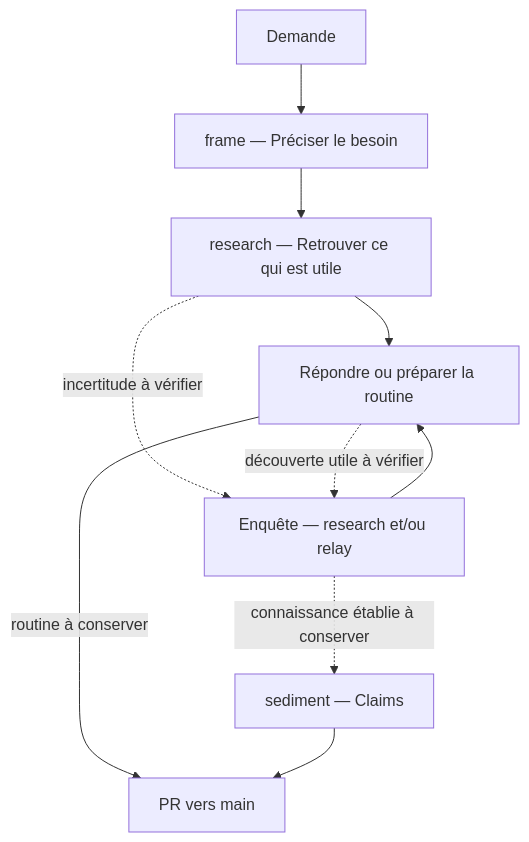
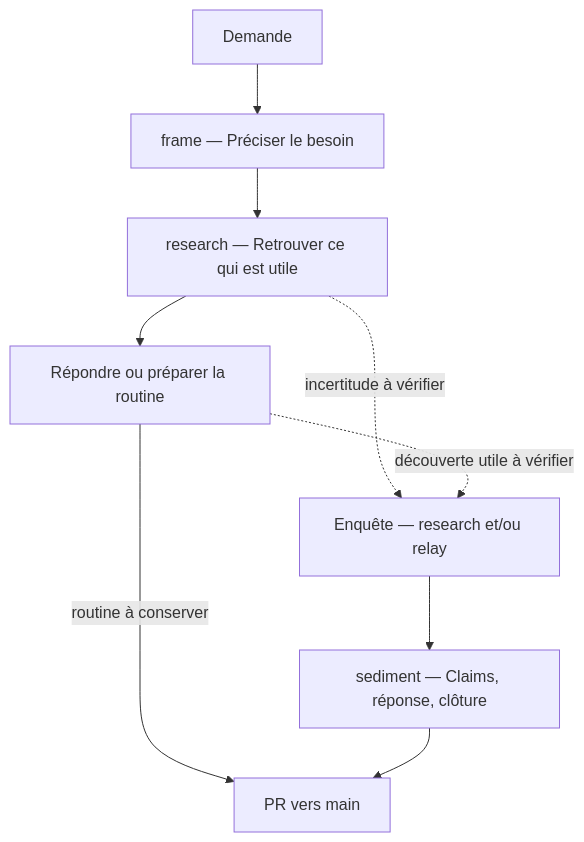
The diagram in README.md (FrancescoMonti-source/chu-data-knowledge), drawn with Mermaid before and after one commit.

Commit message:
README : toute enquête passe par sediment, qui la conclut même sans claim
Retour de Codex sur la PR #72 : sediment écrit la réponse et ferme ou
suspend l'enquête, avec ou sans claim.

Claude-Session: https://claude.ai/code/session_01X292ZvKPy3SzDoqURN6rmg

````diff
--- a/README.md
+++ b/README.md
@@ -28,12 +28,11 @@
 ```mermaid
 flowchart TD
     Q["Demande"] --> F["frame — Préciser le besoin"]
     F --> R["research — Retrouver ce qui est utile"]
     R --> T["Répondre ou préparer la routine"]
     R -. "incertitude à vérifier" .-> E["Enquête — research et/ou relay"]
     T -. "découverte utile à vérifier" .-> E
-    E --> T
-    E -. "connaissance établie à conserver" .-> S["sediment — Claims"]
+    E --> S["sediment — Claims, réponse, clôture"]
     T -->|"routine à conserver"| PR["PR vers main"]
     S --> PR
 ```
````
